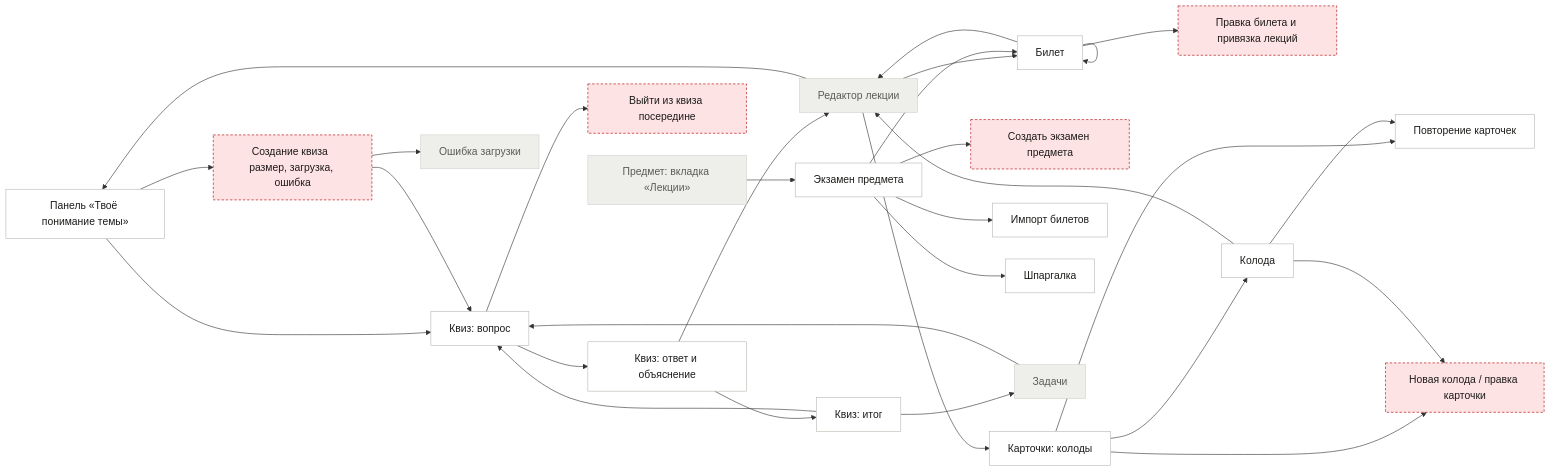
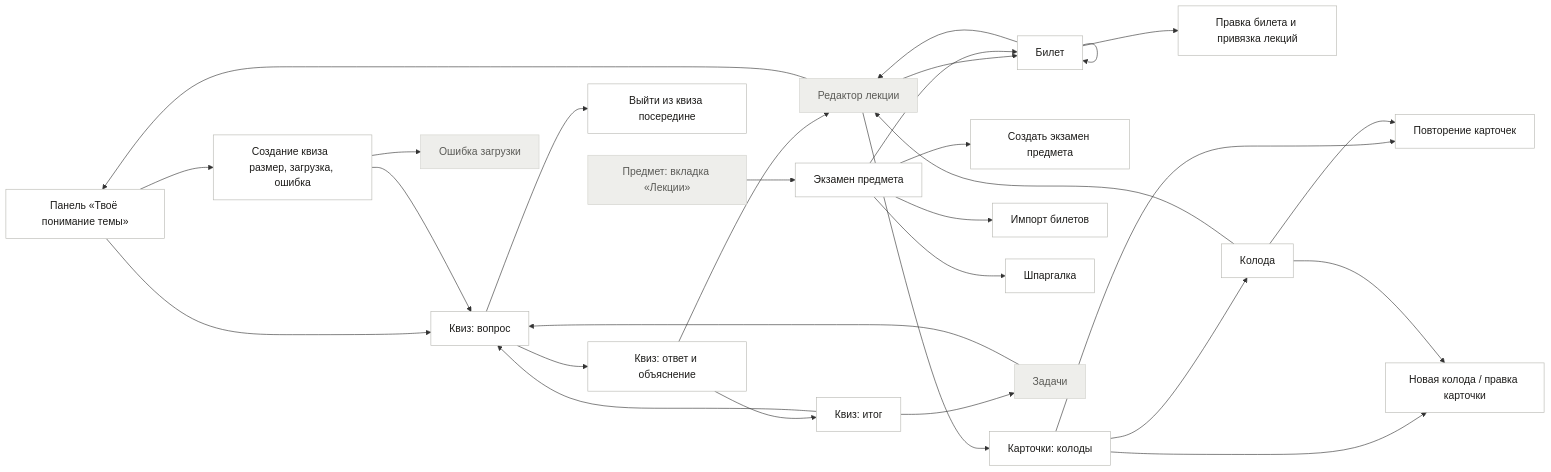
One commit to misha-quartzevsky/cohorta changed the fourth of 6 diagrams in docs/design/ia/userflow.md. Above: the diagram before and after it, drawn with Mermaid. The commit also changed other lines of this file and 19 other files, not shown here.

````diff
--- a/docs/design/ia/userflow.md
+++ b/docs/design/ia/userflow.md
@@ -267,76 +261,76 @@
 ```mermaid
 %%{init:{"themeVariables":{"fontSize":"17px"},"flowchart":{"nodeSpacing":36,"rankSpacing":80,"curve":"basis"}}}%%
 flowchart LR
   understanding["Панель «Твоё понимание темы»"]
   quiz_create["Создание квиза  размер, загрузка, ошибка "]
   quiz_q["Квиз: вопрос"]
   quiz_a["Квиз: ответ и объяснение"]
   quiz_sum["Квиз: итог"]
   quiz_exit["Выйти из квиза посередине"]
   cards["Карточки: колоды"]
   deck["Колода"]
   deck_edit["Новая колода / правка карточки"]
   cards_review["Повторение карточек"]
   exam["Экзамен предмета"]
   exam_new["Создать экзамен предмета"]
   ticket["Билет"]
   ticket_edit["Правка билета и привязка лекций"]
   ticket_import["Импорт билетов"]
   cheatsheet["Шпаргалка"]
   editor["Редактор лекции"]
   error["Ошибка загрузки"]
   subject["Предмет: вкладка «Лекции»"]
   tasks["Задачи"]
   subject --> exam
   editor --> understanding
   editor --> ticket
   editor --> cards
   understanding --> quiz_create
   understanding --> quiz_q
   quiz_create --> quiz_q
   quiz_create --> error
   quiz_q --> quiz_a
   quiz_q --> quiz_exit
   quiz_a --> editor
   quiz_a --> quiz_sum
   quiz_sum --> quiz_q
   quiz_sum --> tasks
   tasks --> quiz_q
   cards --> deck
   cards --> cards_review
   cards --> deck_edit
   deck --> cards_review
   deck --> deck_edit
   deck --> editor
   exam --> ticket
   exam --> ticket_import
   exam --> cheatsheet
   exam --> exam_new
   ticket --> ticket_edit
   ticket --> editor
   ticket --> ticket
   classDef ok fill:#FFFFFF,stroke:#B8B8B2,color:#1C1B19
   classDef no fill:#FDE3E3,stroke:#B00008,stroke-dasharray:4 3,color:#1C1B19
   classDef ex fill:#EEEEEB,stroke:#D2D2CD,color:#5A5A56
   classDef vi fill:#FDEBDB,stroke:#E86800,color:#1C1B19
   class understanding ok
-  class quiz_create no
+  class quiz_create ok
   class quiz_q ok
   class quiz_a ok
   class quiz_sum ok
-  class quiz_exit no
+  class quiz_exit ok
   class cards ok
   class deck ok
-  class deck_edit no
+  class deck_edit ok
   class cards_review ok
   class exam ok
-  class exam_new no
+  class exam_new ok
   class ticket ok
-  class ticket_edit no
+  class ticket_edit ok
   class ticket_import ok
   class cheatsheet ok
   class editor ex
   class error ex
   class subject ex
   class tasks ex
 ```
````
